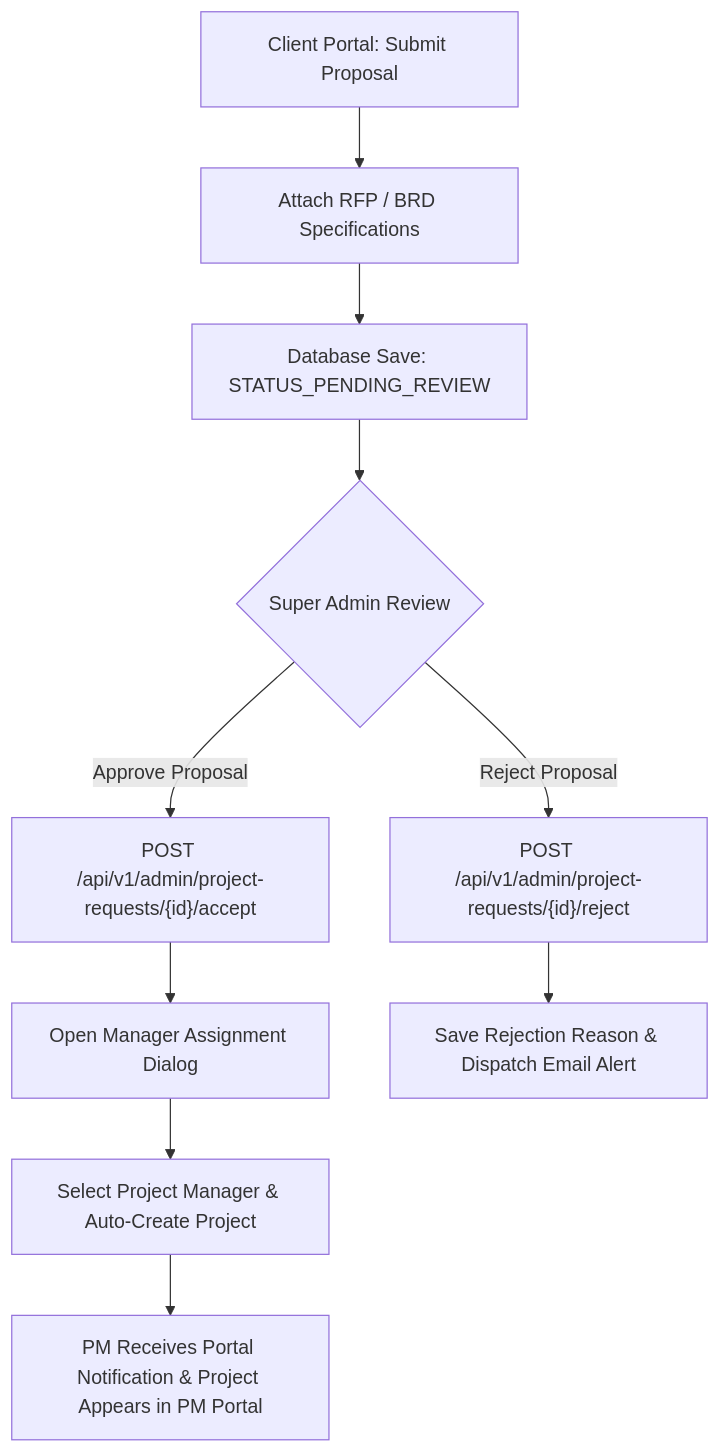
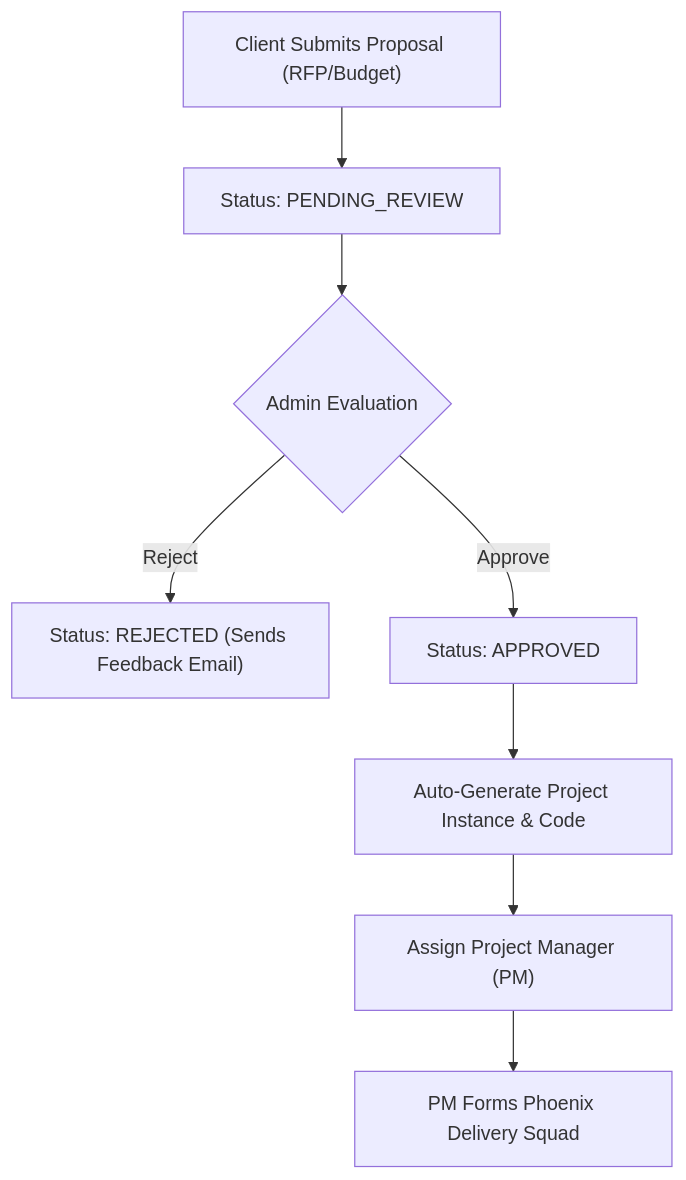
One commit to Vishnupriya1426/Project-Management-system changed the fifth of 7 diagrams in README.md. Above: the diagram before and after it, drawn with Mermaid. The commit also changed other lines of this file, not shown here.

````diff
--- a/README.md
+++ b/README.md
@@ -195,12 +197,10 @@
 ```mermaid
 graph TD
-    A["Client Portal: Submit Proposal"] --> B["Attach RFP / BRD Specifications"]
-    B --> C["Database Save: STATUS_PENDING_REVIEW"]
-    C --> D{"Super Admin Review"}
-    D -- Approve Proposal --> E["POST /api/v1/admin/project-requests/{id}/accept"]
-    E --> F["Open Manager Assignment Dialog"]
-    F --> G["Select Project Manager & Auto-Create Project"]
-    G --> H["PM Receives Portal Notification & Project Appears in PM Portal"]
-    D -- Reject Proposal --> I["POST /api/v1/admin/project-requests/{id}/reject"]
-    I --> J["Save Rejection Reason & Dispatch Email Alert"]
+    ClientProposal["Client Submits Proposal (RFP/Budget)"] --> UnderReview["Status: PENDING_REVIEW"]
+    UnderReview --> AdminAction{Admin Evaluation}
+    AdminAction -- Reject --> Rejected["Status: REJECTED (Sends Feedback Email)"]
+    AdminAction -- Approve --> Approved["Status: APPROVED"]
+    Approved --> AutoProject["Auto-Generate Project Instance & Code"]
+    AutoProject --> PMAssign["Assign Project Manager (PM)"]
+    PMAssign --> TeamForm["PM Forms Phoenix Delivery Squad"]
 ```
````
